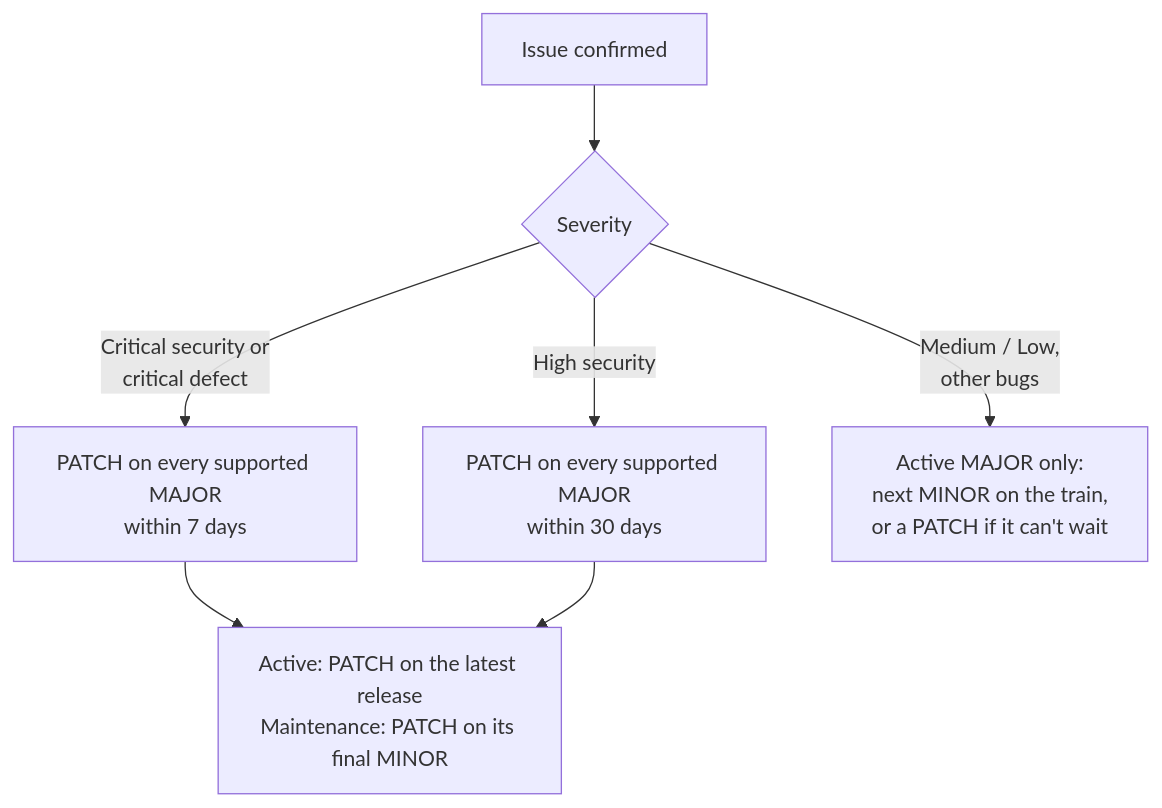
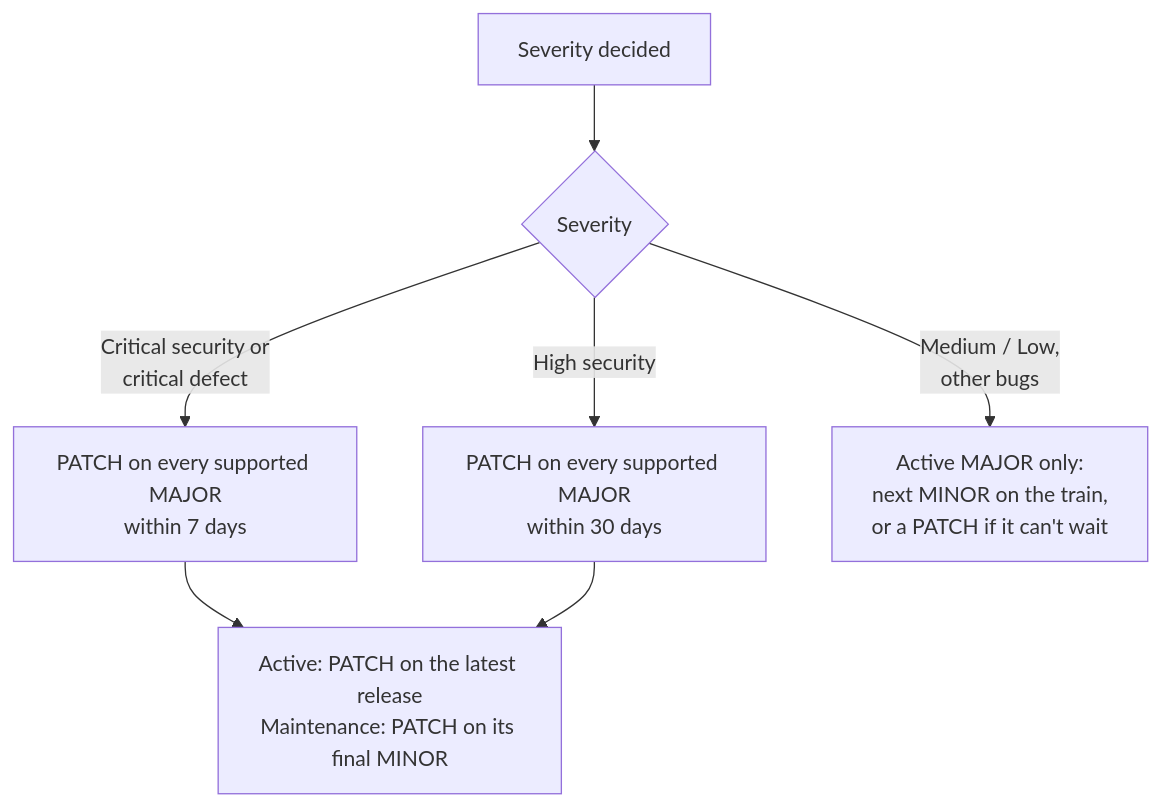
Before and after one commit to ankit-tether/mdk-be: the third of 7 diagrams in docs/release-and-deprecation-policy.md, drawn with Mermaid. The commit also changed other lines of this file, not shown here.

````diff
--- a/docs/release-and-deprecation-policy.md
+++ b/docs/release-and-deprecation-policy.md
@@ -234,9 +230,9 @@
 ```mermaid
 flowchart TD
-  F["Issue confirmed"] --> S{"Severity"}
+  F["Severity decided"] --> S{"Severity"}
   S -->|"Critical security or<br/>critical defect"| C["PATCH on every supported MAJOR<br/>within 7 days"]
   S -->|"High security"| H["PATCH on every supported MAJOR<br/>within 30 days"]
   S -->|"Medium / Low,<br/>other bugs"| N["Active MAJOR only:<br/>next MINOR on the train,<br/>or a PATCH if it can't wait"]
   C --> R["Active: PATCH on the latest release<br/>Maintenance: PATCH on its final MINOR"]
   H --> R
 ```
````
